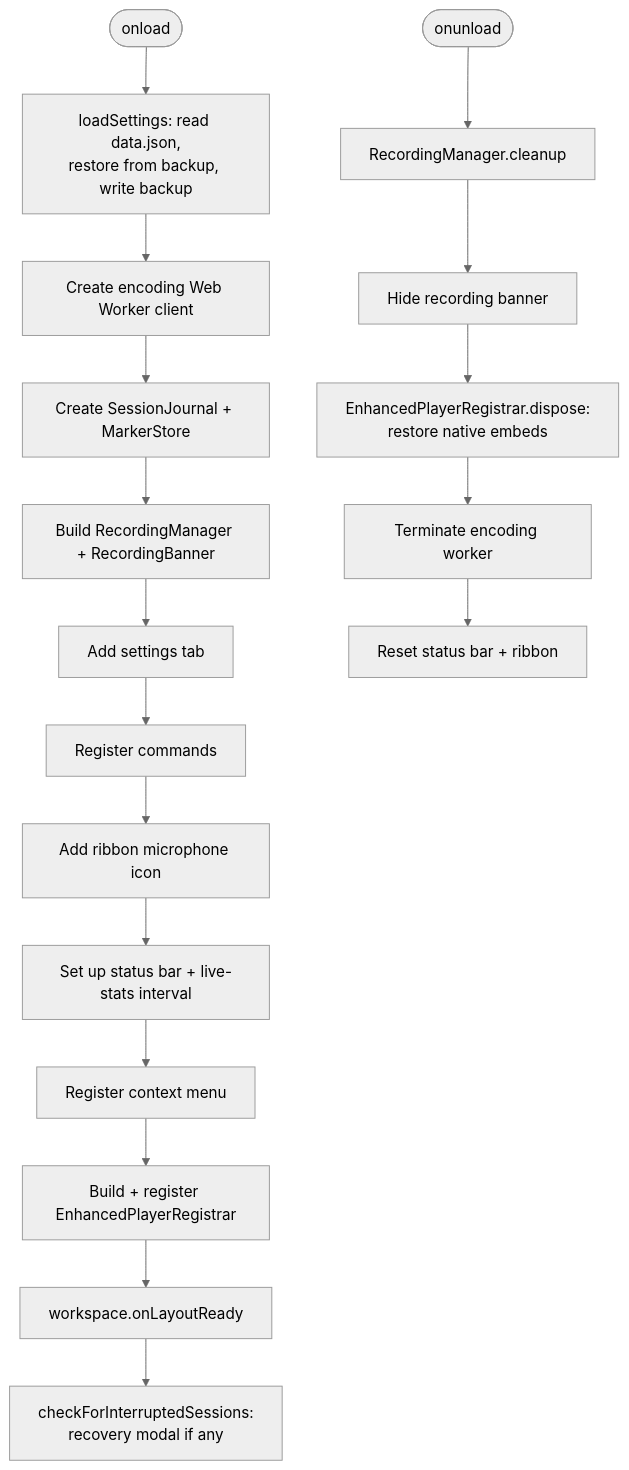
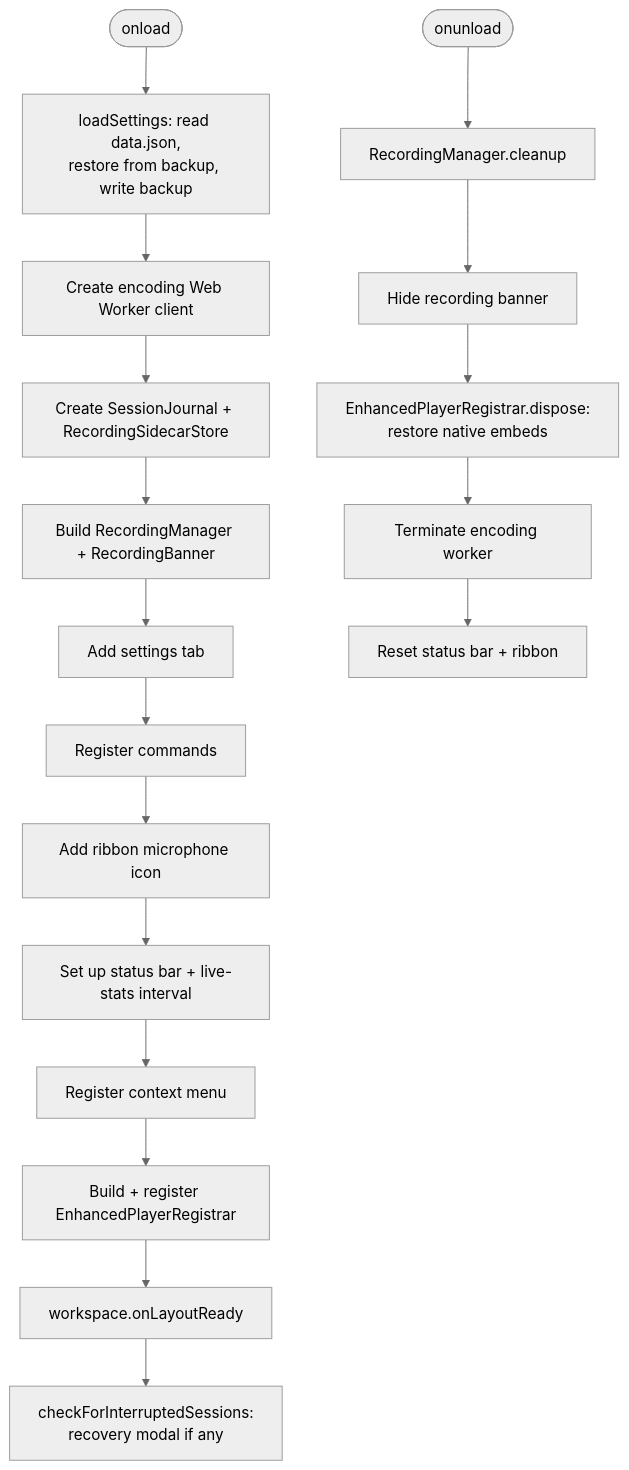
Before and after one commit to akhmialeuski/advanced-audio-recorder: the second of 7 diagrams in docs/architecture.md, drawn with Mermaid (neutral theme). The commit also changed other lines of this file and 18 other files, not shown here.

First line of the commit message:
refactor: drop the MarkerStore facade and the sidecar store's dead API

````diff
--- a/docs/architecture.md
+++ b/docs/architecture.md
@@ -123,21 +123,21 @@
 ```mermaid
 flowchart TD
     START([onload]) --> LS[loadSettings: read data.json,<br/>restore from backup, write backup]
     LS --> EW[Create encoding Web Worker client]
-    EW --> JR[Create SessionJournal + MarkerStore]
+    EW --> JR[Create SessionJournal + RecordingSidecarStore]
     JR --> MGR[Build RecordingManager + RecordingBanner]
     MGR --> TAB[Add settings tab]
     TAB --> CMDS[Register commands]
     CMDS --> RIB[Add ribbon microphone icon]
     RIB --> SBAR[Set up status bar + live-stats interval]
     SBAR --> CTX[Register context menu]
     CTX --> PLR[Build + register EnhancedPlayerRegistrar]
     PLR --> READY[workspace.onLayoutReady]
     READY --> RECCHK[checkForInterruptedSessions:<br/>recovery modal if any]
 
     UNLOAD([onunload]) --> C1[RecordingManager.cleanup]
     C1 --> C2[Hide recording banner]
     C2 --> C3[EnhancedPlayerRegistrar.dispose:<br/>restore native embeds]
     C3 --> C4[Terminate encoding worker]
     C4 --> C5[Reset status bar + ribbon]
 ```
````
